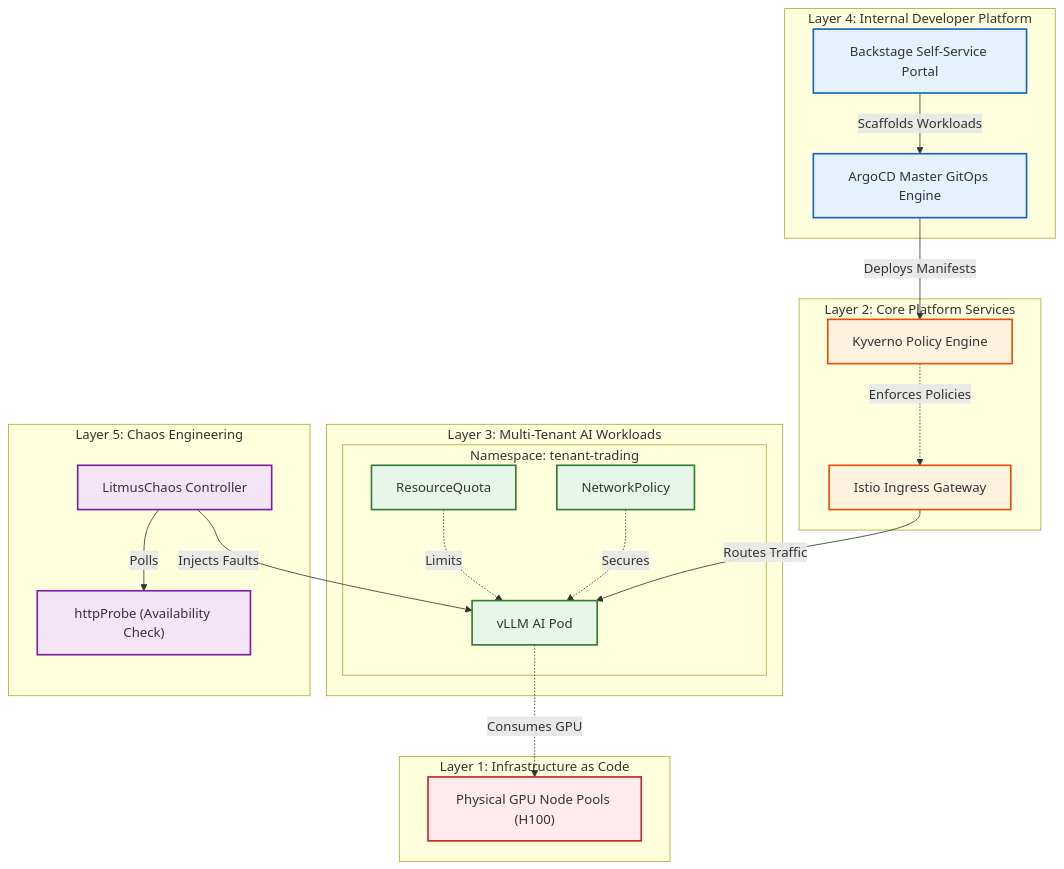
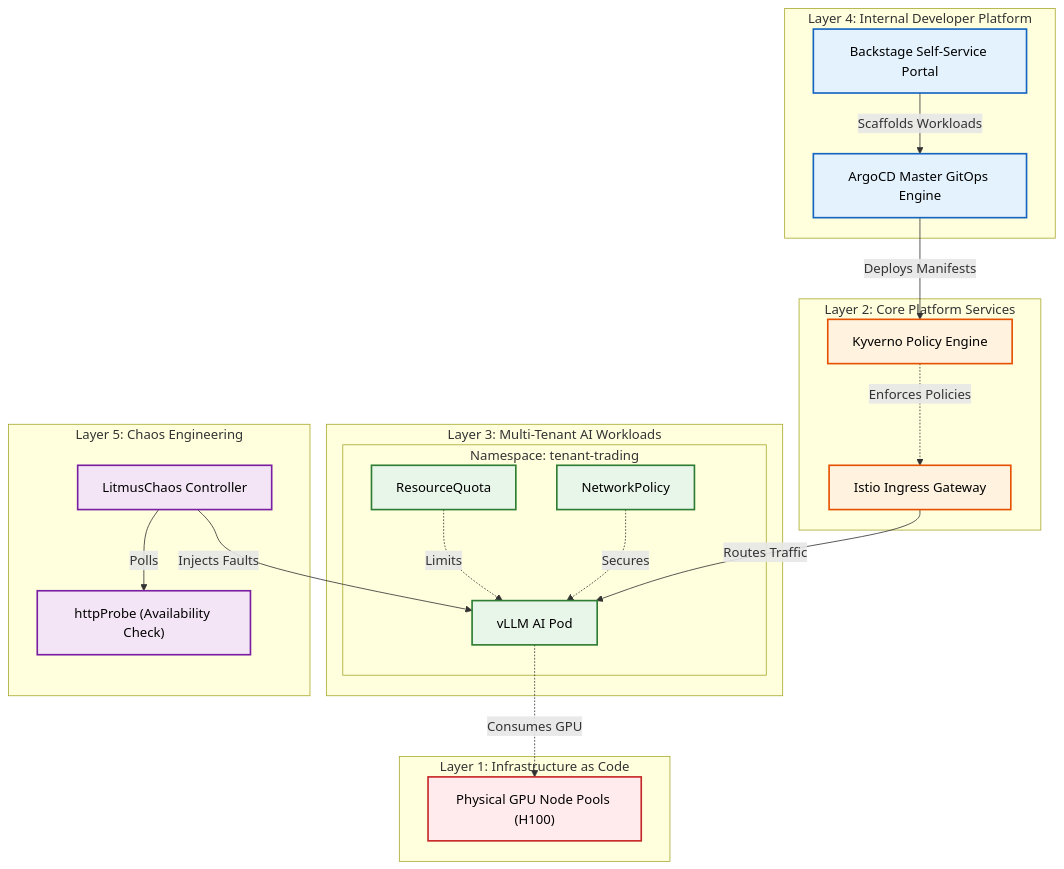
Before and after one commit to aloysiuspattath/platform-engineering-ai-course: the diagram in courses/platform-engineering/labs/capstone-project.md, drawn with Mermaid. The commit also changed 53 other files, not shown here.

Commit message:
fix: enforce high-contrast black text on mermaid diagram fills for dark mode readability

````diff
--- a/courses/platform-engineering/labs/capstone-project.md
+++ b/courses/platform-engineering/labs/capstone-project.md
@@ -65,50 +65,50 @@
 ```mermaid
 flowchart TD
-    classDef idp fill:#e3f2fd,stroke:#1565c0,stroke-width:2px;
-    classDef platform fill:#fff3e0,stroke:#e65100,stroke-width:2px;
-    classDef tenant fill:#e8f5e9,stroke:#2e7d32,stroke-width:2px;
-    classDef chaos fill:#f3e5f5,stroke:#7b1fa2,stroke-width:2px;
-    classDef infra fill:#ffebee,stroke:#c62828,stroke-width:2px;
+    classDef idp fill:#e3f2fd,stroke:#1565c0,stroke-width:2px,color:#000000;
+    classDef platform fill:#fff3e0,stroke:#e65100,stroke-width:2px,color:#000000;
+    classDef tenant fill:#e8f5e9,stroke:#2e7d32,stroke-width:2px,color:#000000;
+    classDef chaos fill:#f3e5f5,stroke:#7b1fa2,stroke-width:2px,color:#000000;
+    classDef infra fill:#ffebee,stroke:#c62828,stroke-width:2px,color:#000000;
 
     subgraph Layer4_IDP [Layer 4: Internal Developer Platform]
         PORTAL["Backstage Self-Service Portal"]
         GITOPS["ArgoCD Master GitOps Engine"]
         PORTAL -->|Scaffolds Workloads| GITOPS
     end
 
     subgraph Layer2_Platform [Layer 2: Core Platform Services]
         GW["Istio Ingress Gateway"]
         KYV["Kyverno Policy Engine"]
         GITOPS -->|Deploys Manifests| KYV
         KYV -.->|Enforces Policies| GW
     end
 
     subgraph Layer3_Tenants [Layer 3: Multi-Tenant AI Workloads]
         subgraph TenantTrading [Namespace: tenant-trading]
             QTRAD["ResourceQuota"]
             NETRAD["NetworkPolicy"]
             PODTRAD["vLLM AI Pod"]
             QTRAD -.->|Limits| PODTRAD
             NETRAD -.->|Secures| PODTRAD
         end
         GW -->|Routes Traffic| PODTRAD
     end
 
     subgraph Layer5_Chaos [Layer 5: Chaos Engineering]
         CHAOS["LitmusChaos Controller"]
         PROBE["httpProbe (Availability Check)"]
         CHAOS -->|Polls| PROBE
         CHAOS -->|Injects Faults| PODTRAD
     end
 
     subgraph Layer1_Infra [Layer 1: Infrastructure as Code]
         GPU["Physical GPU Node Pools (H100)"]
         PODTRAD -.->|Consumes GPU| GPU
     end
 
     class PORTAL,GITOPS idp;
     class GW,KYV platform;
     class QTRAD,NETRAD,PODTRAD tenant;
     class CHAOS,PROBE chaos;
     class GPU infra;
 ```
````
